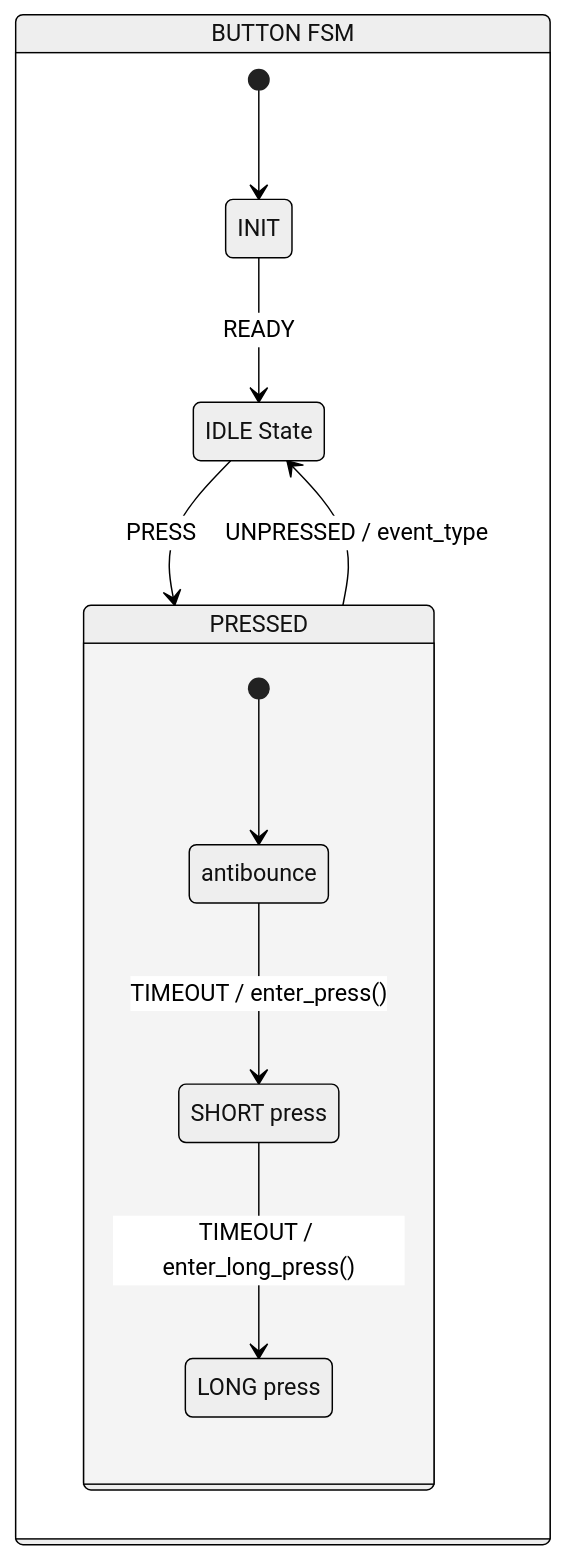
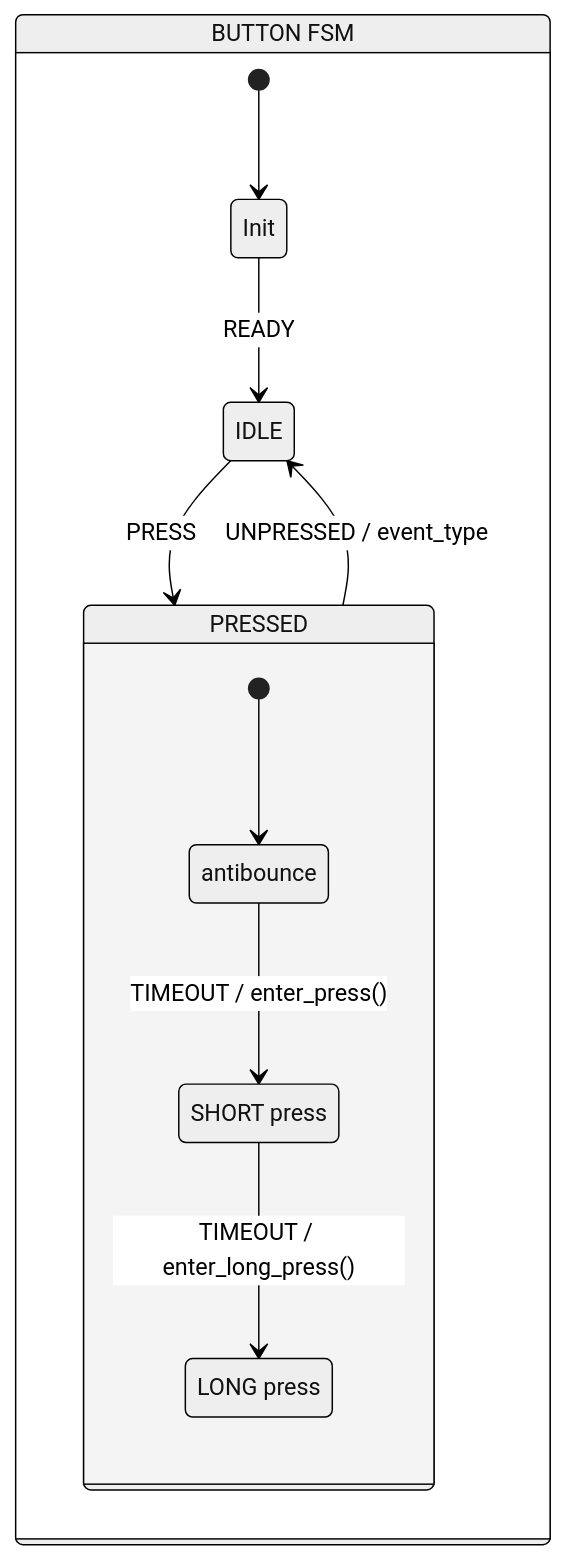
Before and after one commit to mauro-medina10/esp_led: the diagram in components/app_btn/app_btn_fsm.md, drawn with Mermaid (neutral theme). The commit also changed 5 other files, not shown here.

````diff
--- a/components/app_btn/app_btn_fsm.md
+++ b/components/app_btn/app_btn_fsm.md
@@ -1,22 +1,22 @@
 ```mermaid
 stateDiagram-v2
     state ROOT_ST {
         [*] --> INIT_ST
         INIT_ST --> IDLE_ST : READY 
         IDLE_ST --> PRESS_ST : PRESS 
         state PRESS_ST {
             [*] --> WAIT_ST
             WAIT_ST --> S_PRESS_ST : TIMEOUT / enter_press()
             S_PRESS_ST --> L_PRESS_ST : TIMEOUT / enter_long_press()
         }
         PRESS_ST --> IDLE_ST : UNPRESSED / event_type
-        IDLE_ST : IDLE State
+        IDLE_ST : IDLE
     }
 
     PRESS_ST : PRESSED
-    INIT_ST : INIT
+    INIT_ST : Init
     WAIT_ST : antibounce 
     S_PRESS_ST : SHORT press 
     L_PRESS_ST : LONG press
     ROOT_ST : BUTTON FSM
 ```
````
